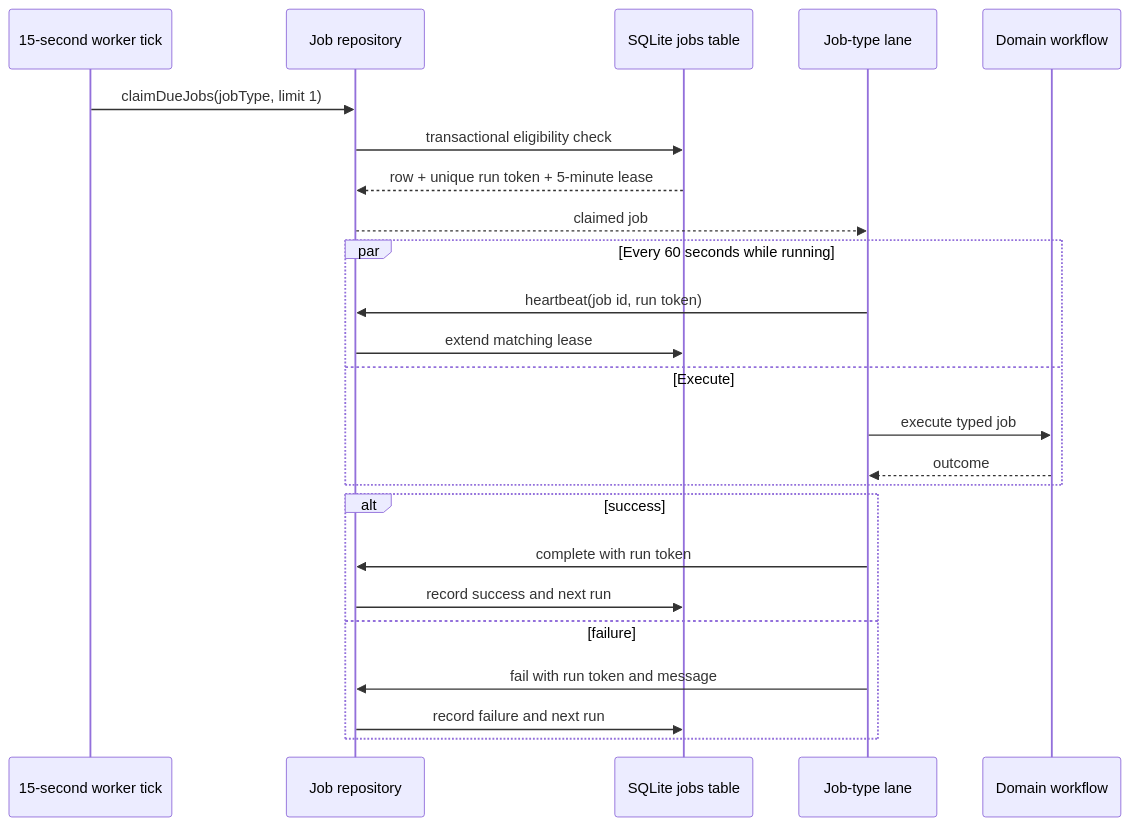
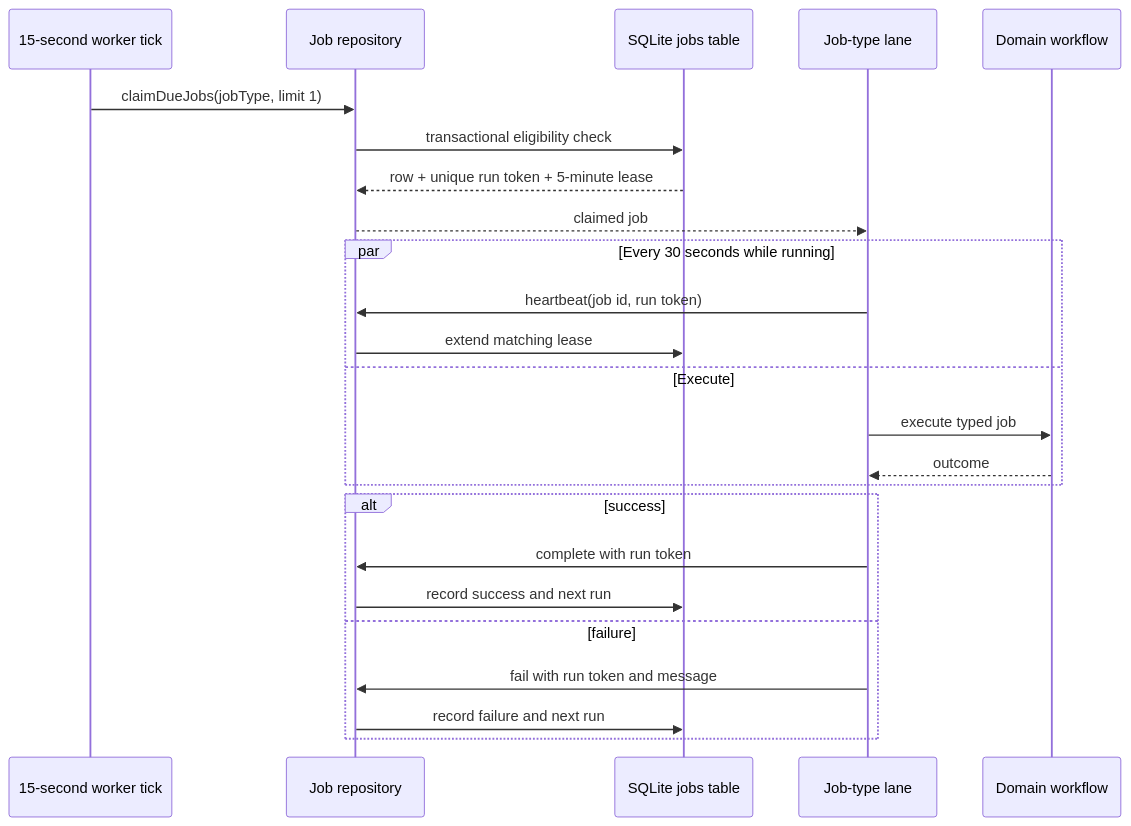
One commit to TannerMidd/Nooklet changed the third of 3 diagrams in docs/wiki/Data-and-Background-Jobs.md. Above: the diagram before and after it, drawn with Mermaid. The commit also changed other lines of this file and 351 other files, not shown here.

````diff
--- a/docs/wiki/Data-and-Background-Jobs.md
+++ b/docs/wiki/Data-and-Background-Jobs.md
@@ -113,27 +115,27 @@
 ```mermaid
 sequenceDiagram
   participant Timer as 15-second worker tick
   participant Repo as Job repository
   participant DB as SQLite jobs table
   participant Lane as Job-type lane
   participant Workflow as Domain workflow
 
   Timer->>Repo: claimDueJobs(jobType, limit 1)
   Repo->>DB: transactional eligibility check
   DB-->>Repo: row + unique run token + 5-minute lease
   Repo-->>Lane: claimed job
-  par Every 60 seconds while running
+  par Every 30 seconds while running
     Lane->>Repo: heartbeat(job id, run token)
     Repo->>DB: extend matching lease
   and Execute
     Lane->>Workflow: execute typed job
     Workflow-->>Lane: outcome
   end
   alt success
     Lane->>Repo: complete with run token
     Repo->>DB: record success and next run
   else failure
     Lane->>Repo: fail with run token and message
     Repo->>DB: record failure and next run
   end
 ```
````
